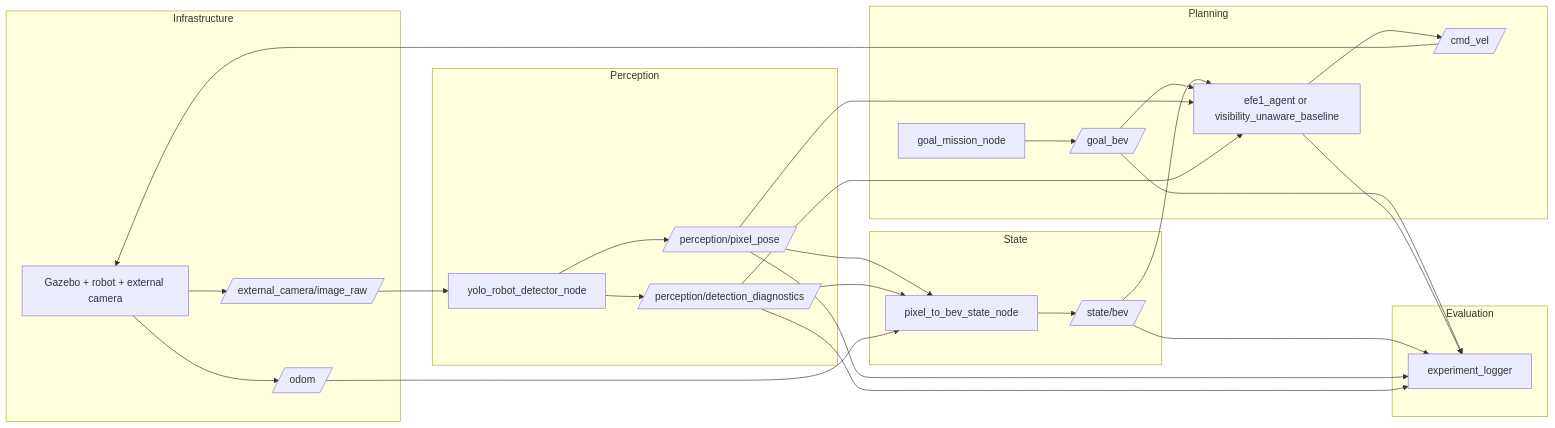
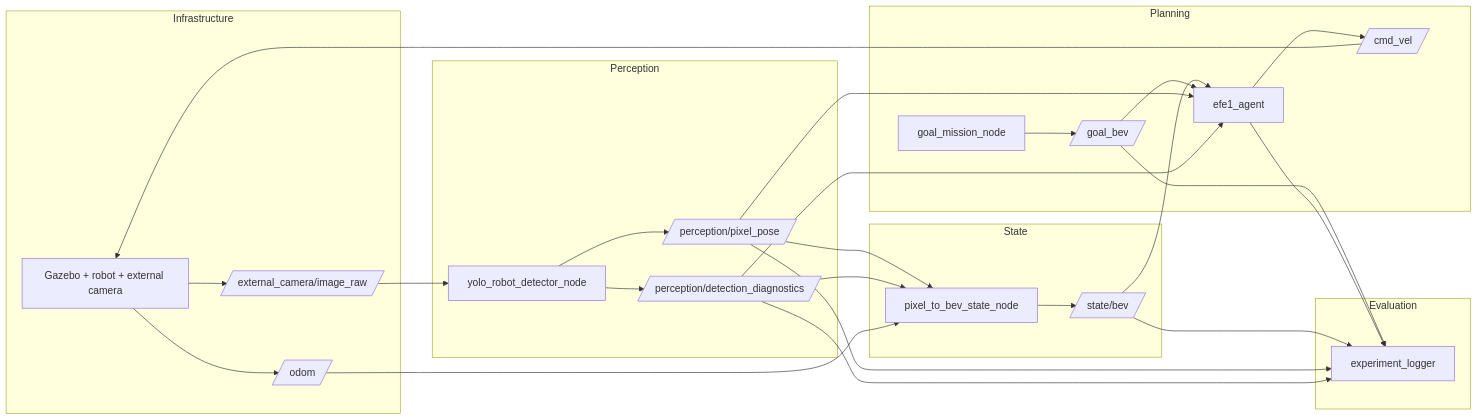
Before and after one commit to JoostLeliveld/UnembodiedNavigation: the second of 2 diagrams in docs/runtime_dataflow.md, drawn with Mermaid. The commit also changed other lines of this file and 20 other files, not shown here.

````diff
--- a/docs/runtime_dataflow.md
+++ b/docs/runtime_dataflow.md
@@ -60,52 +60,52 @@
 ```mermaid
 flowchart LR
     subgraph Infrastructure
         SIM[Gazebo + robot + external camera]
         ODOM[/odom/]
         IMG[/external_camera/image_raw/]
     end
 
     subgraph Perception
         DET[yolo_robot_detector_node]
         PIX[/perception/pixel_pose/]
         DIAG[/perception/detection_diagnostics/]
     end
 
     subgraph State
         BEVNODE[pixel_to_bev_state_node]
         BEV[/state/bev/]
     end
 
     subgraph Planning
         GOALNODE[goal_mission_node]
         GOAL[/goal_bev/]
-        PLAN[efe1_agent or visibility_unaware_baseline]
+        PLAN[efe1_agent]
         CMD[/cmd_vel/]
     end
 
     subgraph Evaluation
         LOG[experiment_logger]
     end
 
     IMG --> DET
     DET --> PIX
     DET --> DIAG
     PIX --> BEVNODE
     DIAG --> BEVNODE
     ODOM --> BEVNODE
     BEVNODE --> BEV
     GOALNODE --> GOAL
     BEV --> PLAN
     GOAL --> PLAN
     PIX --> PLAN
     DIAG --> PLAN
     PLAN --> CMD
     CMD --> SIM
     SIM --> IMG
     SIM --> ODOM
     BEV --> LOG
     PIX --> LOG
     DIAG --> LOG
     GOAL --> LOG
     PLAN --> LOG
 ```
````
